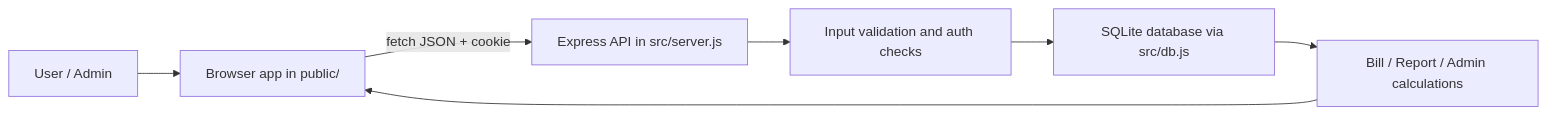
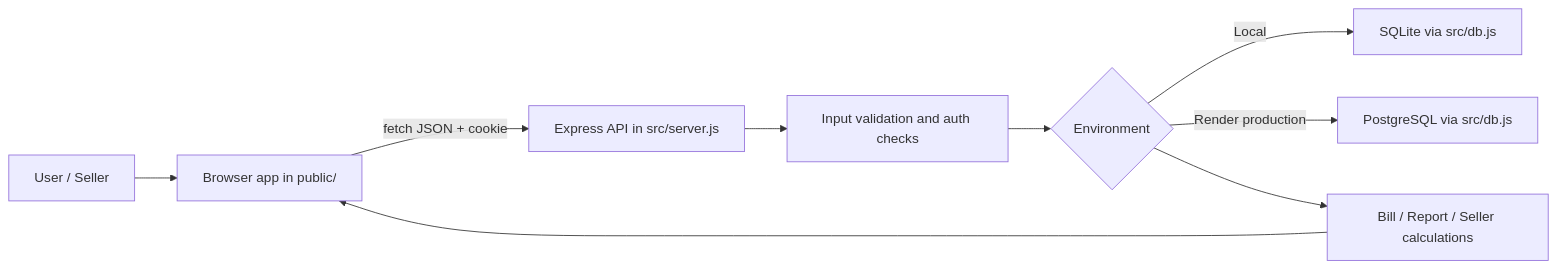
The diagram in architecture.md (khandelwal2409/dailyDrop), drawn with Mermaid before and after one commit. The commit also changed other lines of this file and 20 other files, not shown here.

Commit message:
adding postgres db changes, code fixes, seller profile

````diff
--- a/architecture.md
+++ b/architecture.md
@@ -7,9 +7,11 @@
 ```mermaid
 flowchart LR
-  User[User / Admin] --> Browser[Browser app in public/]
+  User[User / Seller] --> Browser[Browser app in public/]
   Browser -->|fetch JSON + cookie| API[Express API in src/server.js]
   API --> Validation[Input validation and auth checks]
-  Validation --> DB[SQLite database via src/db.js]
-  DB --> Reports[Bill / Report / Admin calculations]
+  Validation --> DB{Environment}
+  DB -->|Local| SQLite[SQLite via src/db.js]
+  DB -->|Render production| Postgres[PostgreSQL via src/db.js]
+  DB --> Reports[Bill / Report / Seller calculations]
   Reports --> Browser
 ```
````
